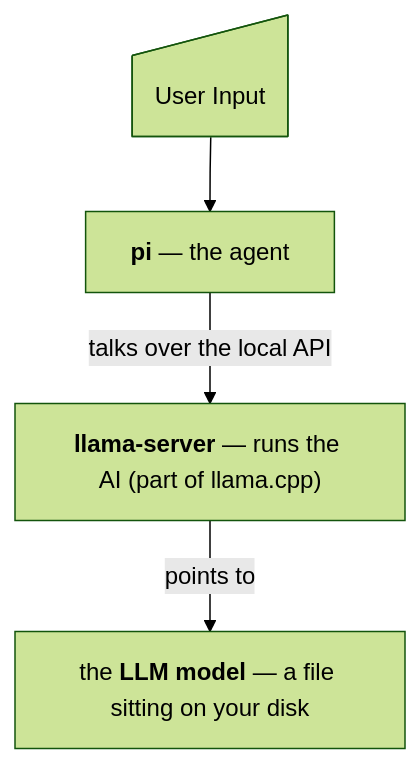
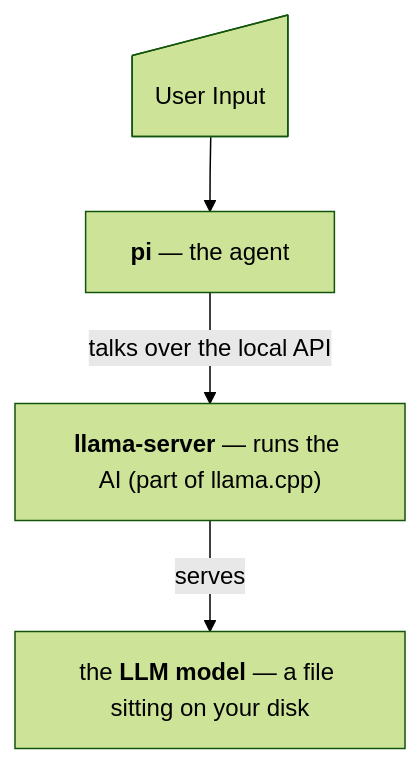
One commit to rosmur/local-llm-setup changed the diagram in docs/whats-installed.md. Above: the diagram before and after it, drawn with Mermaid (forest theme). The commit also changed other lines of this file and 11 other files, not shown here.

````diff
--- a/docs/whats-installed.md
+++ b/docs/whats-installed.md
@@ -19,11 +21,11 @@
 ```mermaid
 flowchart TD
     User@{ shape: manual-input, label: "User Input"}
     Pi["`**pi** — the agent`"]
     Server["`**llama-server** — runs the AI (part of llama.cpp)`"]
     AIModel["`the **LLM model** — a file sitting on your disk`"]
 
     User --> Pi
     Pi -- "talks over the local API" --> Server
-    Server -- "points to" --> AIModel
+    Server -- "serves" --> AIModel
 ```
````
